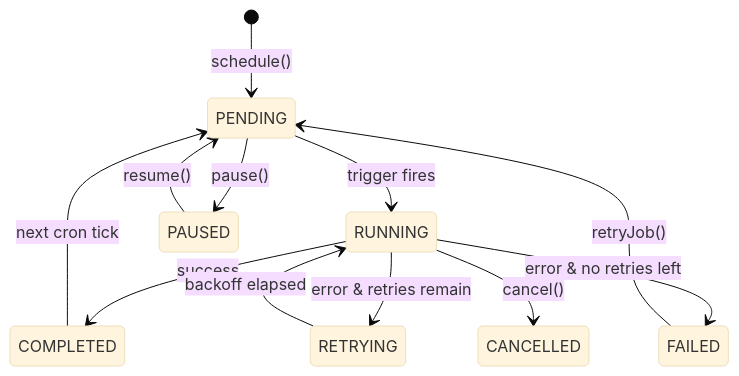
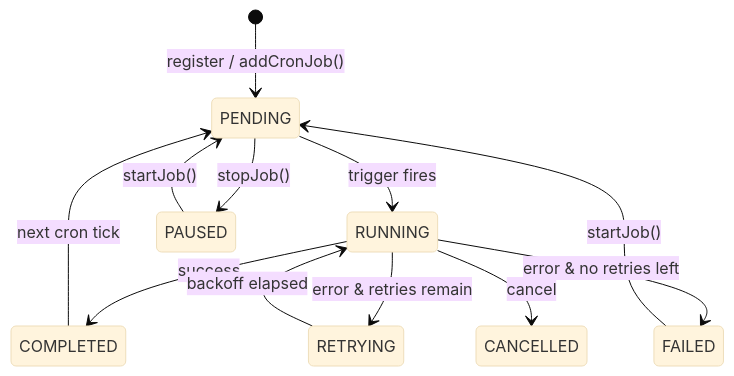
Before and after one commit to omnitron-dev/website: the diagram in docs/titan/modules/scheduler.mdx, drawn with Mermaid (base theme). The commit also changed other lines of this file and 30 other files, not shown here.

````diff
--- a/docs/titan/modules/scheduler.mdx
+++ b/docs/titan/modules/scheduler.mdx
@@ -313,14 +360,14 @@
 ```mermaid
 stateDiagram-v2
-  [*] --> PENDING: schedule()
+  [*] --> PENDING: register / addCronJob()
   PENDING --> RUNNING: trigger fires
   RUNNING --> COMPLETED: success
   RUNNING --> FAILED: error & no retries left
   RUNNING --> RETRYING: error & retries remain
   RETRYING --> RUNNING: backoff elapsed
-  RUNNING --> CANCELLED: cancel()
-  PENDING --> PAUSED: pause()
-  PAUSED --> PENDING: resume()
+  RUNNING --> CANCELLED: cancel
+  PENDING --> PAUSED: stopJob()
+  PAUSED --> PENDING: startJob()
   COMPLETED --> PENDING: next cron tick
-  FAILED --> PENDING: retryJob()
+  FAILED --> PENDING: startJob()
 ```
````
